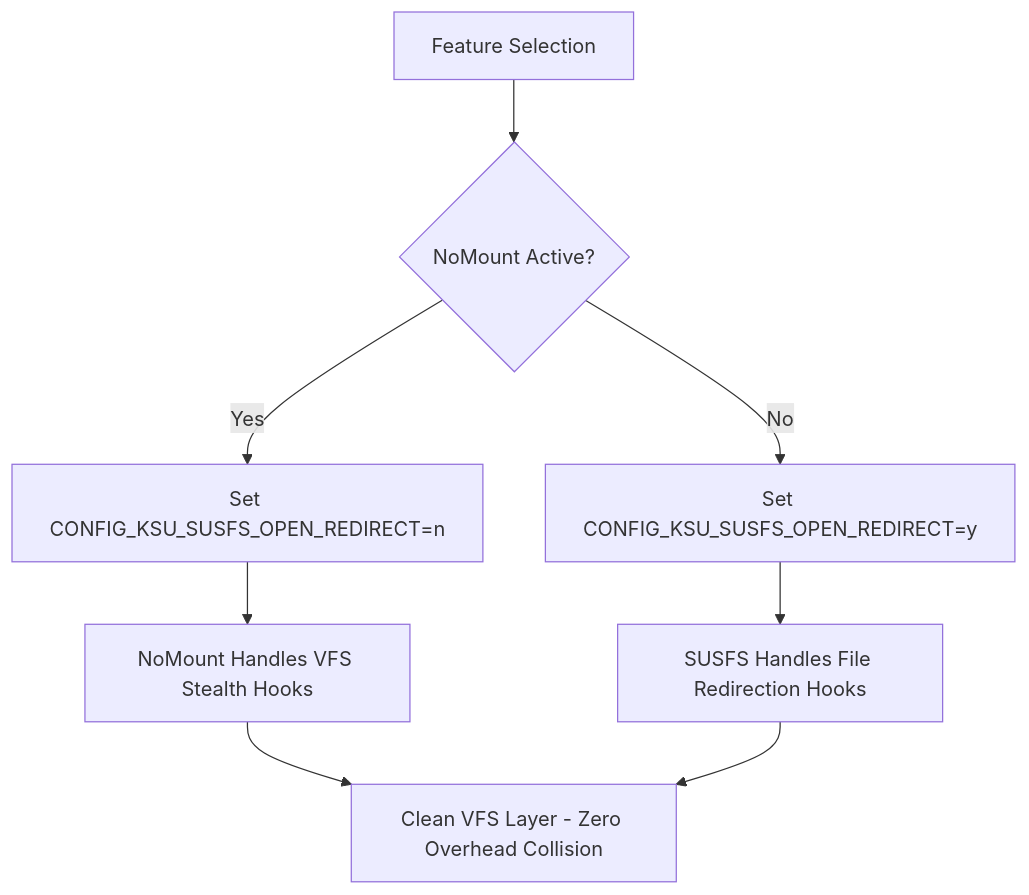
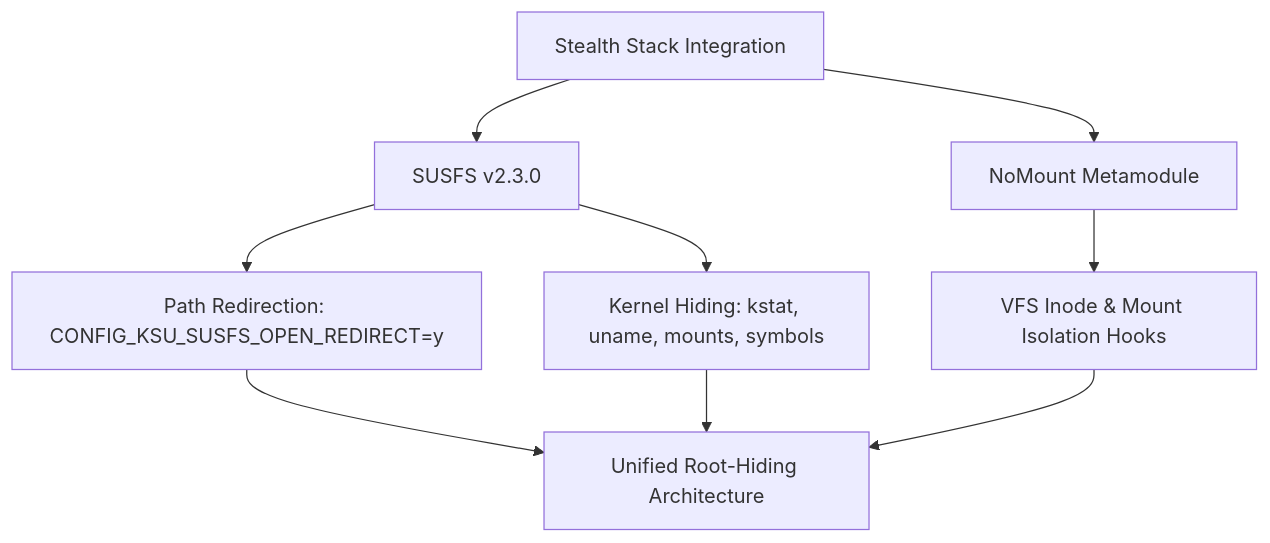
Before and after one commit to abidhasansojib/gki_kernel_builder: the diagram in docs/ROOT_VARIANTS.md, drawn with Mermaid. The commit also changed other lines of this file and 17 other files, not shown here.

````diff
--- a/docs/ROOT_VARIANTS.md
+++ b/docs/ROOT_VARIANTS.md
@@ -23,10 +23,11 @@
 ```mermaid
 flowchart TD
-    A[Feature Selection] --> B{NoMount Active?}
-    B -->|Yes| C[Set CONFIG_KSU_SUSFS_OPEN_REDIRECT=n]
-    B -->|No| D[Set CONFIG_KSU_SUSFS_OPEN_REDIRECT=y]
-    C --> E[NoMount Handles VFS Stealth Hooks]
-    D --> F[SUSFS Handles File Redirection Hooks]
-    E --> G[Clean VFS Layer - Zero Overhead Collision]
+    A[Stealth Stack Integration] --> B[SUSFS v2.3.0]
+    A --> C[NoMount Metamodule]
+    B --> D[Path Redirection: CONFIG_KSU_SUSFS_OPEN_REDIRECT=y]
+    B --> E[Kernel Hiding: kstat, uname, mounts, symbols]
+    C --> F[VFS Inode & Mount Isolation Hooks]
+    D --> G[Unified Root-Hiding Architecture]
+    E --> G
     F --> G
 ```
````
